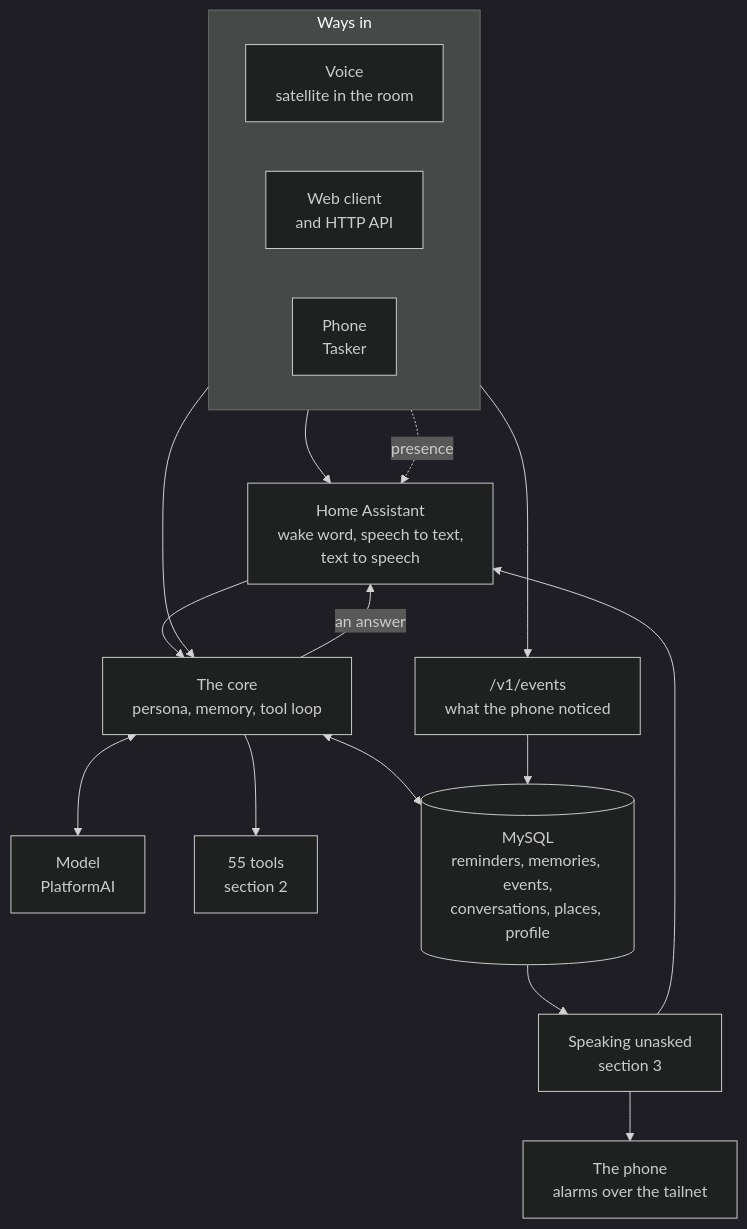
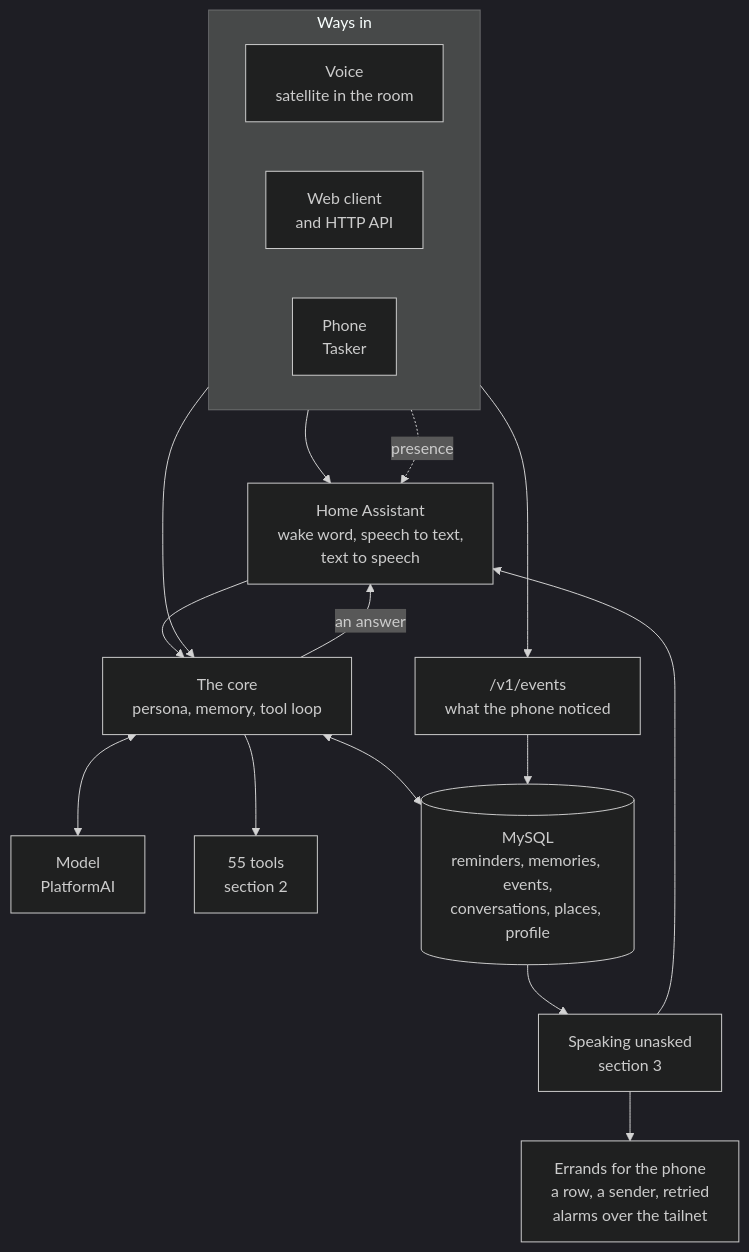
One commit to DhanushRamesh/personal-assistant changed the first of 5 diagrams in FEATURES.md. Above: the diagram before and after it, drawn with Mermaid (dark theme). The commit also changed other lines of this file and 15 other files, not shown here.

````diff
--- a/FEATURES.md
+++ b/FEATURES.md
@@ -19,36 +19,36 @@
 ```mermaid
 flowchart TB
     subgraph IN["Ways in"]
         direction LR
         SAT["Voice<br/>satellite in the room"]
         WEB["Web client<br/>and HTTP API"]
         PHONE["Phone<br/>Tasker"]
     end
 
     HA["Home Assistant<br/>wake word, speech to text,<br/>text to speech"]
     EVENTS["/v1/events<br/>what the phone noticed"]
 
     SAT --> HA
     PHONE --> EVENTS
     PHONE -. "presence" .-> HA
     HA --> CORE
     WEB --> CORE
 
     CORE["The core<br/>persona, memory, tool loop"]
     MODEL["Model<br/>PlatformAI"]
     TOOLS["55 tools<br/>section 2"]
     DB[("MySQL<br/>reminders, memories, events,<br/>conversations, places, profile")]
 
     CORE <--> MODEL
     CORE --> TOOLS
     CORE <--> DB
     EVENTS --> DB
     CORE -- "an answer" --> HA
 
     UNASKED["Speaking unasked<br/>section 3"]
-    ALARMS["The phone<br/>alarms over the tailnet"]
+    ALARMS["Errands for the phone<br/>a row, a sender, retried<br/>alarms over the tailnet"]
 
     DB --> UNASKED
     UNASKED --> HA
     UNASKED --> ALARMS
 ```
````
